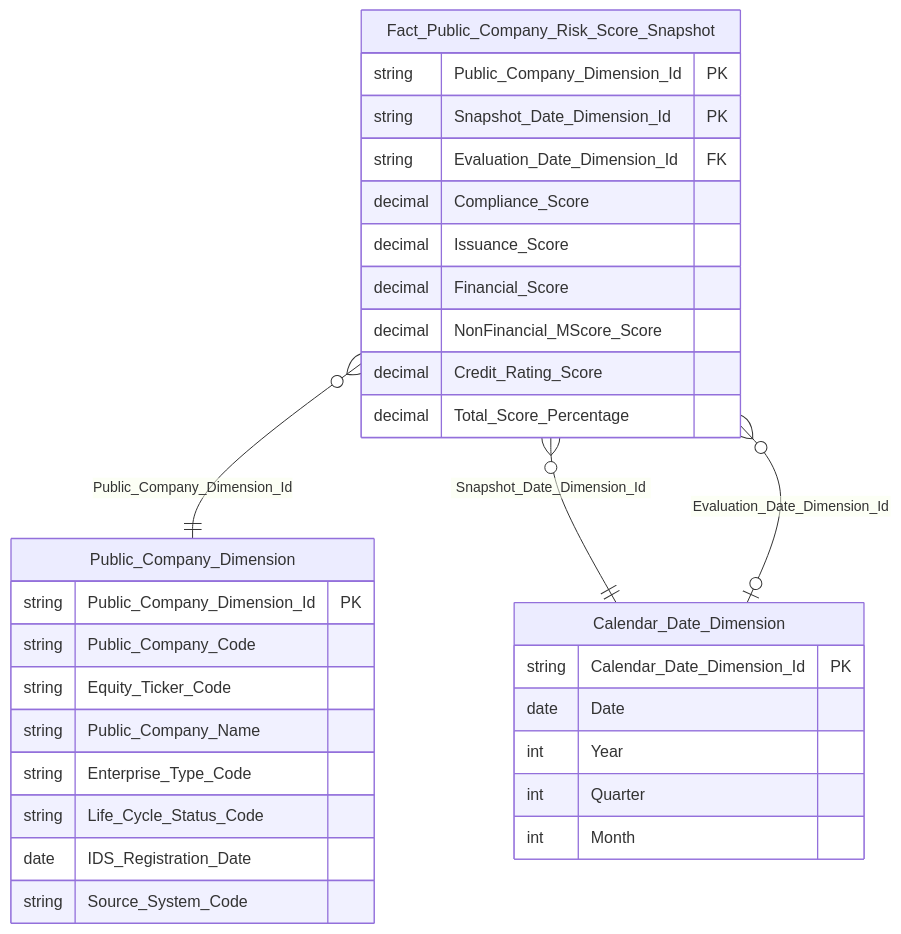
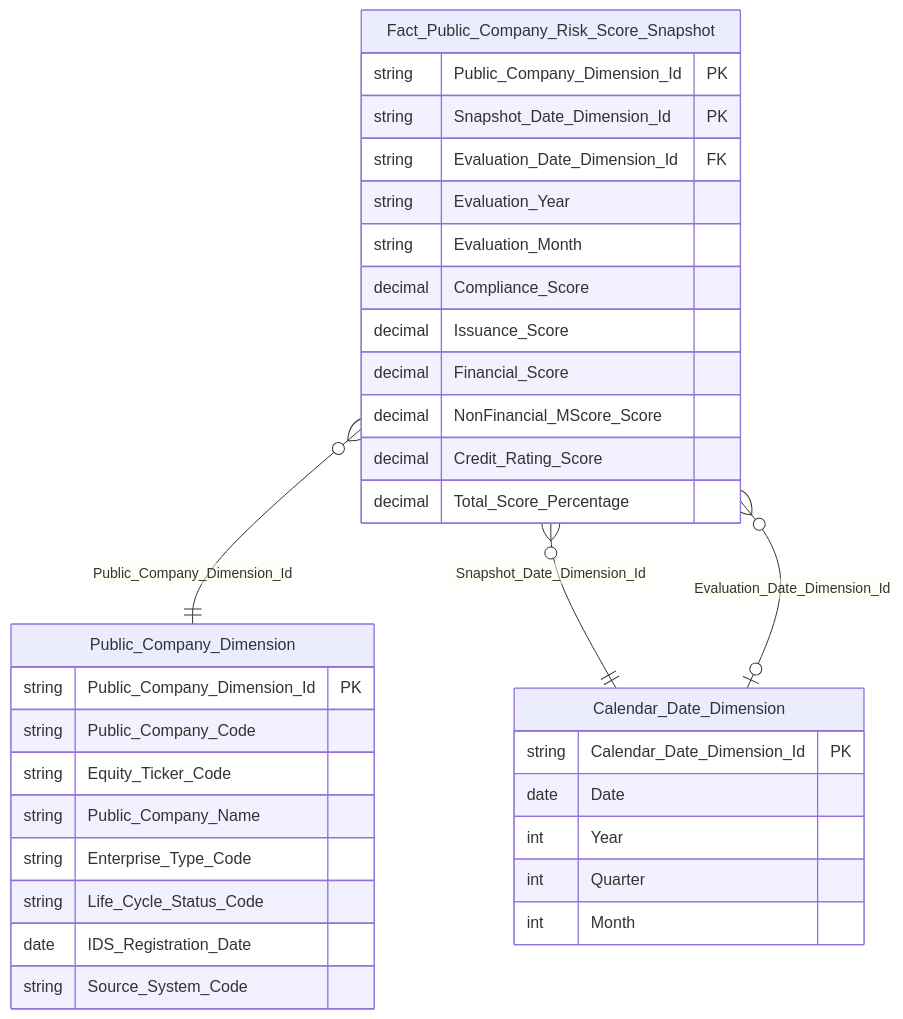
The ninth of 40 diagrams in Datamart/hld/DTM_GSDC_HLD.md (linhlvit/ubck_atomic_design), drawn with Mermaid before and after one commit. The commit also changed other lines of this file and 3 other files, not shown here.

````diff
--- a/Datamart/hld/DTM_GSDC_HLD.md
+++ b/Datamart/hld/DTM_GSDC_HLD.md
@@ -342,37 +369,39 @@
 ```mermaid
 erDiagram
     Fact_Public_Company_Risk_Score_Snapshot {
         string Public_Company_Dimension_Id PK
         string Snapshot_Date_Dimension_Id PK
         string Evaluation_Date_Dimension_Id FK
+        string Evaluation_Year
+        string Evaluation_Month
         decimal Compliance_Score
         decimal Issuance_Score
         decimal Financial_Score
         decimal NonFinancial_MScore_Score
         decimal Credit_Rating_Score
         decimal Total_Score_Percentage
     }
 
     Public_Company_Dimension {
         string Public_Company_Dimension_Id PK
         string Public_Company_Code
         string Equity_Ticker_Code
         string Public_Company_Name
         string Enterprise_Type_Code
         string Life_Cycle_Status_Code
         date IDS_Registration_Date
         string Source_System_Code
     }
 
     Calendar_Date_Dimension {
         string Calendar_Date_Dimension_Id PK
         date Date
         int Year
         int Quarter
         int Month
     }
 
     Fact_Public_Company_Risk_Score_Snapshot }o--|| Public_Company_Dimension : "Public_Company_Dimension_Id"
     Fact_Public_Company_Risk_Score_Snapshot }o--|| Calendar_Date_Dimension : "Snapshot_Date_Dimension_Id"
     Fact_Public_Company_Risk_Score_Snapshot }o--o| Calendar_Date_Dimension : "Evaluation_Date_Dimension_Id"
 ```
````
